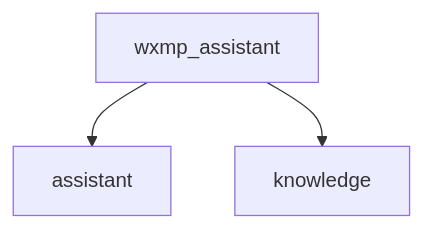
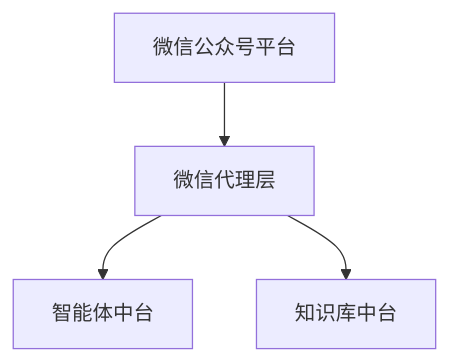
Before and after one commit to QuinnW7/blog: the tenth of 16 diagrams in content/assay/微信公众号/index.md, drawn with Mermaid. The commit also changed other lines of this file and 93 other files, not shown here.

````diff
--- a/content/assay/微信公众号/index.md
+++ b/content/assay/微信公众号/index.md
@@ -152,6 +453,6 @@
 ```mermaid
 graph TD
-    A[wxmp_assistant] --> B[assistant]
-    A --> C[knowledge]
-
+    D[微信公众号平台]-->A
+    A[微信代理层] --> B[智能体中台]
+    A --> C[知识库中台]
 ```
````
